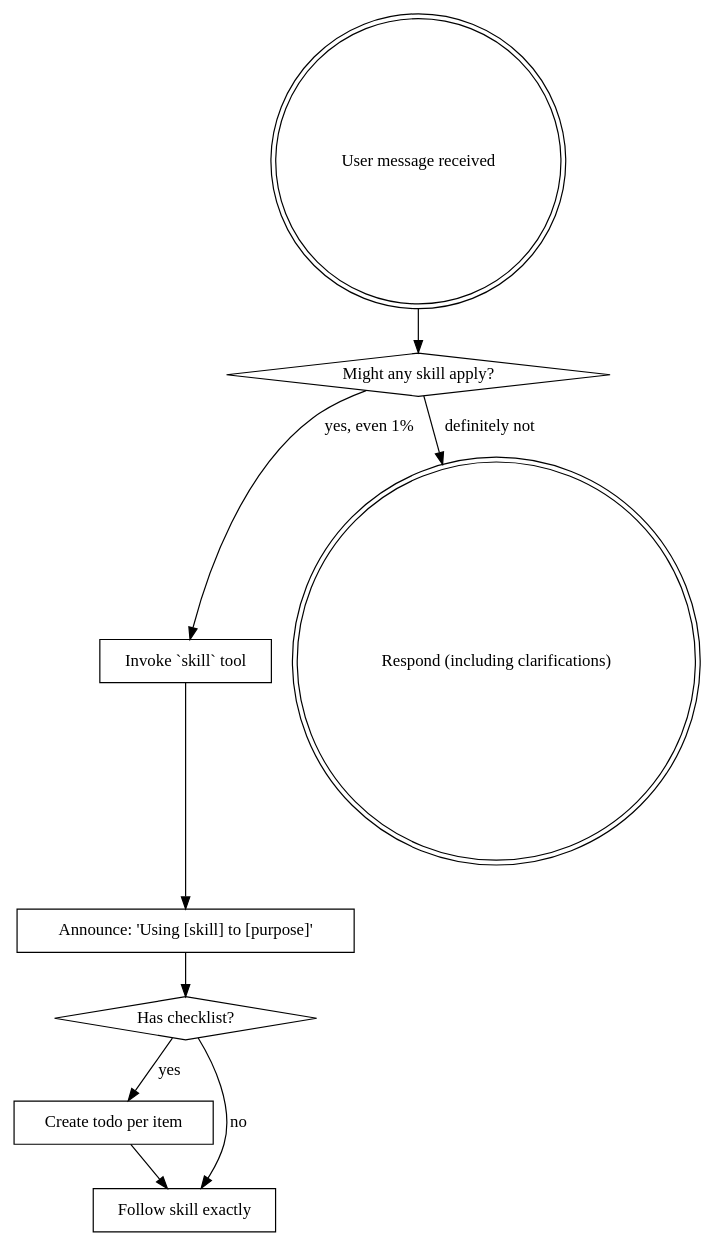
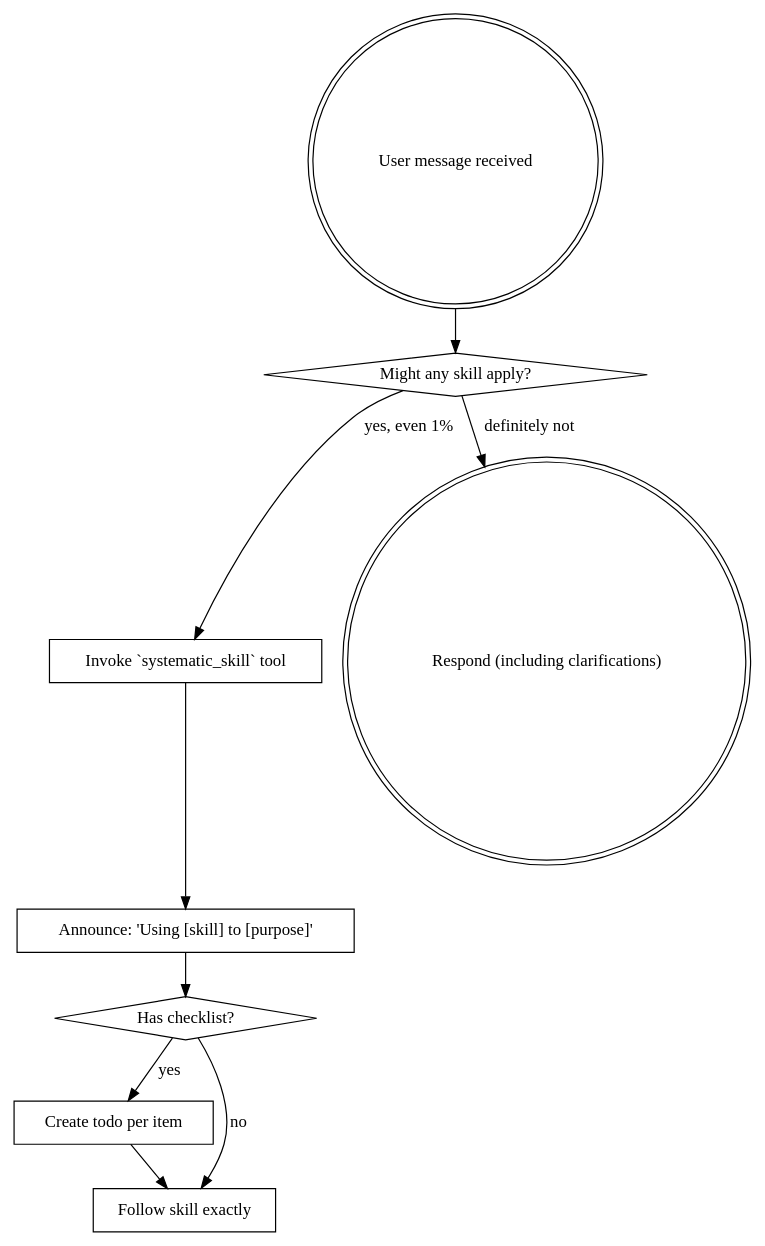
One commit to marcusrbrown/systematic changed the diagram in skills/using-systematic/SKILL.md. Above: the diagram before and after it, drawn with Graphviz. The commit also changed other lines of this file and 7 other files, not shown here.

First line of the commit message:
feat(plugin): consolidate to single systematic_skill tool (#28)

````diff
--- a/skills/using-systematic/SKILL.md
+++ b/skills/using-systematic/SKILL.md
@@ -24,21 +24,21 @@
 ```dot
 digraph skill_flow {
     "User message received" [shape=doublecircle];
     "Might any skill apply?" [shape=diamond];
-    "Invoke `skill` tool" [shape=box];
+    "Invoke `systematic_skill` tool" [shape=box];
     "Announce: 'Using [skill] to [purpose]'" [shape=box];
     "Has checklist?" [shape=diamond];
     "Create todo per item" [shape=box];
     "Follow skill exactly" [shape=box];
     "Respond (including clarifications)" [shape=doublecircle];
 
     "User message received" -> "Might any skill apply?";
-    "Might any skill apply?" -> "Invoke `skill` tool" [label="yes, even 1%"];
+    "Might any skill apply?" -> "Invoke `systematic_skill` tool" [label="yes, even 1%"];
     "Might any skill apply?" -> "Respond (including clarifications)" [label="definitely not"];
-    "Invoke `skill` tool" -> "Announce: 'Using [skill] to [purpose]'";
+    "Invoke `systematic_skill` tool" -> "Announce: 'Using [skill] to [purpose]'";
     "Announce: 'Using [skill] to [purpose]'" -> "Has checklist?";
     "Has checklist?" -> "Create todo per item" [label="yes"];
     "Has checklist?" -> "Follow skill exactly" [label="no"];
     "Create todo per item" -> "Follow skill exactly";
 }
 ```
````
